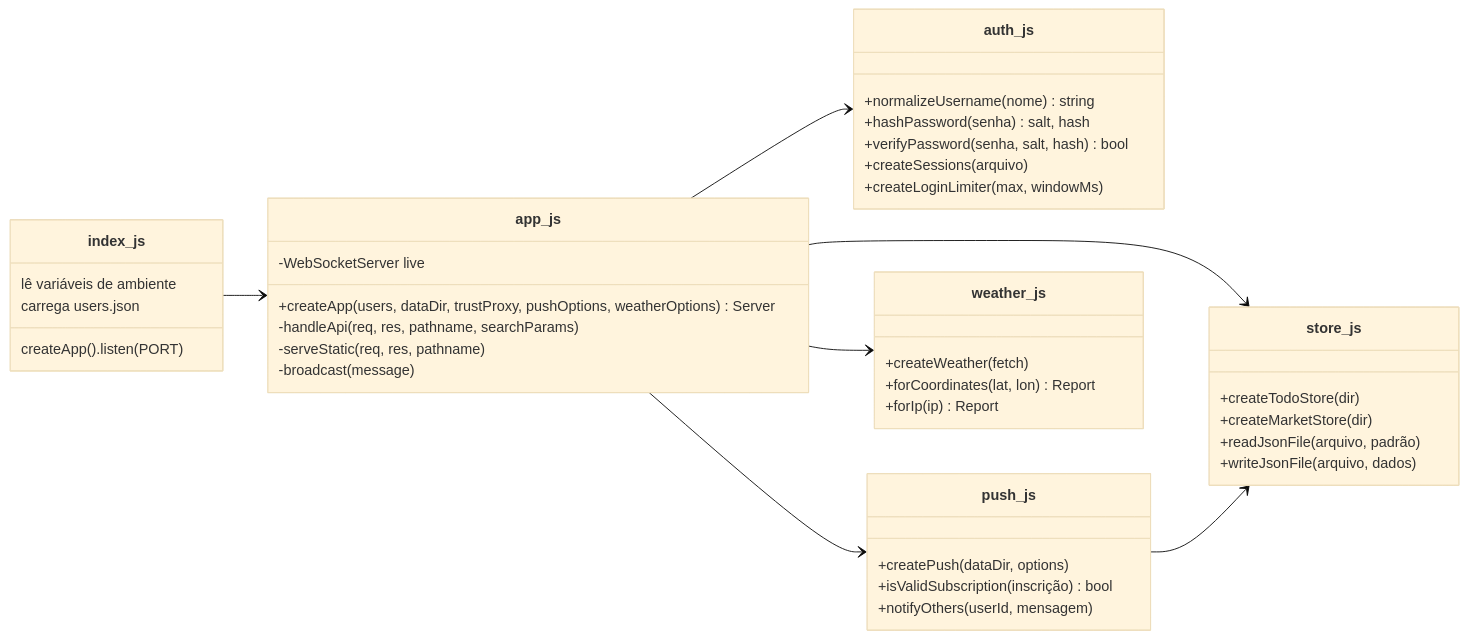
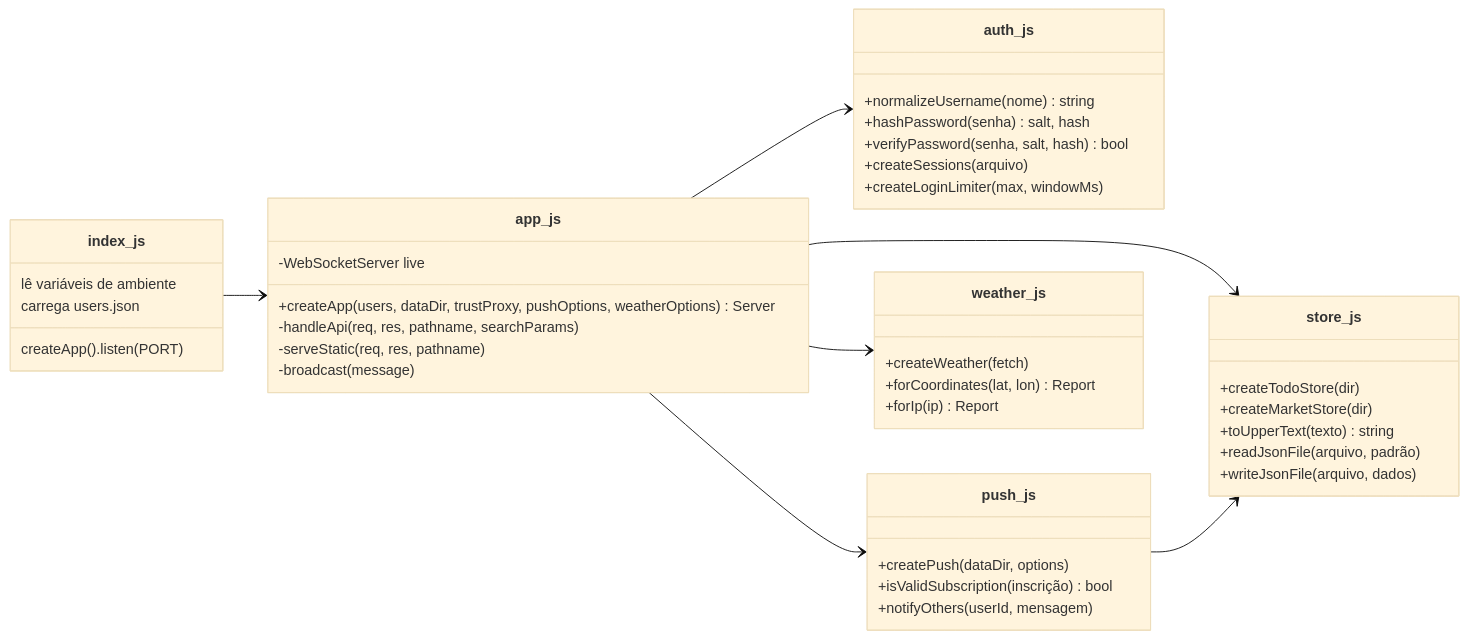
Before and after one commit to CarlosAlvesSantosJr/My-daily-tasks: the second of 5 diagrams in README.md, drawn with Mermaid (base theme). The commit also changed other lines of this file and 16 other files, not shown here.

````diff
--- a/README.md
+++ b/README.md
@@ -97,45 +106,46 @@
 ```mermaid
 classDiagram
     direction LR
     class index_js {
         lê variáveis de ambiente
         carrega users.json
         createApp().listen(PORT)
     }
     class app_js {
         +createApp(users, dataDir, trustProxy, pushOptions, weatherOptions) Server
         -handleApi(req, res, pathname, searchParams)
         -serveStatic(req, res, pathname)
         -WebSocketServer live
         -broadcast(message)
     }
     class auth_js {
         +normalizeUsername(nome) string
         +hashPassword(senha) salt, hash
         +verifyPassword(senha, salt, hash) bool
         +createSessions(arquivo)
         +createLoginLimiter(max, windowMs)
     }
     class store_js {
         +createTodoStore(dir)
         +createMarketStore(dir)
+        +toUpperText(texto) string
         +readJsonFile(arquivo, padrão)
         +writeJsonFile(arquivo, dados)
     }
     class push_js {
         +createPush(dataDir, options)
         +isValidSubscription(inscrição) bool
         +notifyOthers(userId, mensagem)
     }
     class weather_js {
         +createWeather(fetch)
         +forCoordinates(lat, lon) Report
         +forIp(ip) Report
     }
     index_js --> app_js
     app_js --> auth_js
     app_js --> store_js
     app_js --> push_js
     app_js --> weather_js
     push_js --> store_js
 ```
````
